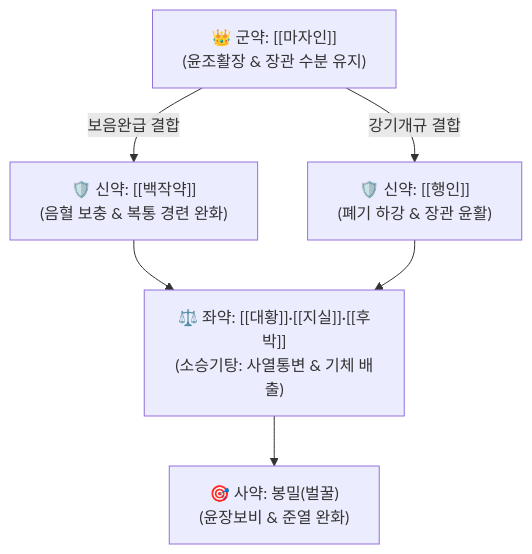
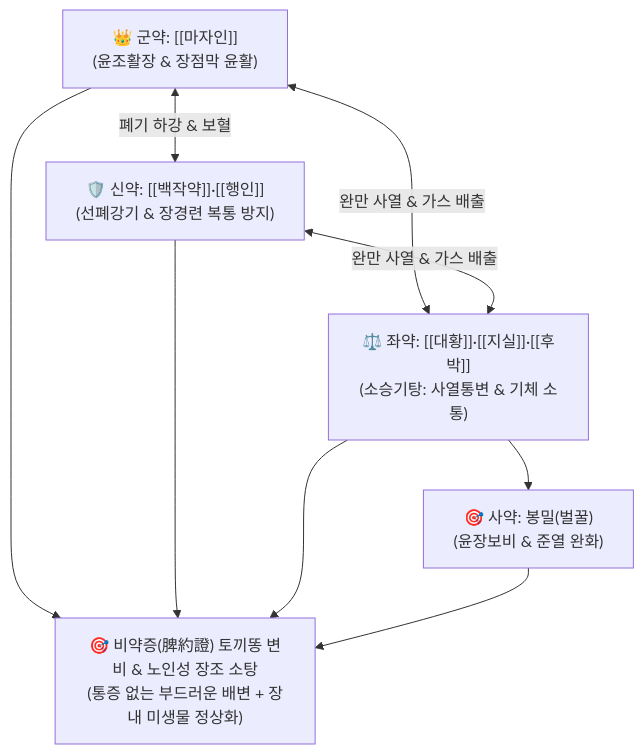
The diagram in content/2. 약리 공부/처방/07_사하·온리·고삽제/마자인환.md (simbio11/simbio-digital-garden2), drawn with Mermaid before and after one commit. The commit also changed other lines of this file and 799 other files, not shown here.

````diff
--- a/content/2. 약리 공부/처방/07_사하·온리·고삽제/마자인환.md
+++ b/content/2. 약리 공부/처방/07_사하·온리·고삽제/마자인환.md
@@ -9,8 +42,8 @@
 ```mermaid
 graph TD
-    Gun["👑 군약: [[마자인]]<br>(윤조활장 & 장관 수분 유지)"] -->|보음완급 결합| Sin1["🛡️ 신약: [[백작약]]<br>(음혈 보충 & 복통 경련 완화)"]
-    Gun -->|강기개규 결합| Sin2["🛡️ 신약: [[행인]]<br>(폐기 하강 & 장관 윤활)"]
-    Sin1 --> Jwa["⚖️ 좌약: [[대황]]·[[지실]]·[[후박]]<br>(소승기탕: 사열통변 & 기체 배출)"]
-    Sin2 --> Jwa
-    Jwa --> Sa["🎯 사약: 봉밀(벌꿀)<br>(윤장보비 & 준열 완화)"]
+    MJ["👑 군약: [[마자인]]<br>(윤조활장 & 장점막 윤활)"] <-->|폐기 하강 & 보혈| BY["🛡️ 신약: [[백작약]]·[[행인]]<br>(선폐강기 & 장경련 복통 방지)"]
+    MJ & BY <-->|완만 사열 & 가스 배출| SS["⚖️ 좌약: [[대황]]·[[지실]]·[[후박]]<br>(소승기탕: 사열통변 & 기체 소통)"]
+    SS --> BM["🎯 사약: 봉밀(벌꿀)<br>(윤장보비 & 준열 완화)"]
+    TOTAL["🎯 비약증(脾約證) 토끼똥 변비 & 노인성 장조 소탕<br>(통증 없는 부드러운 배변 + 장내 미생물 정상화)"]
+    MJ & BY & SS & BM --> TOTAL
 ```
````
